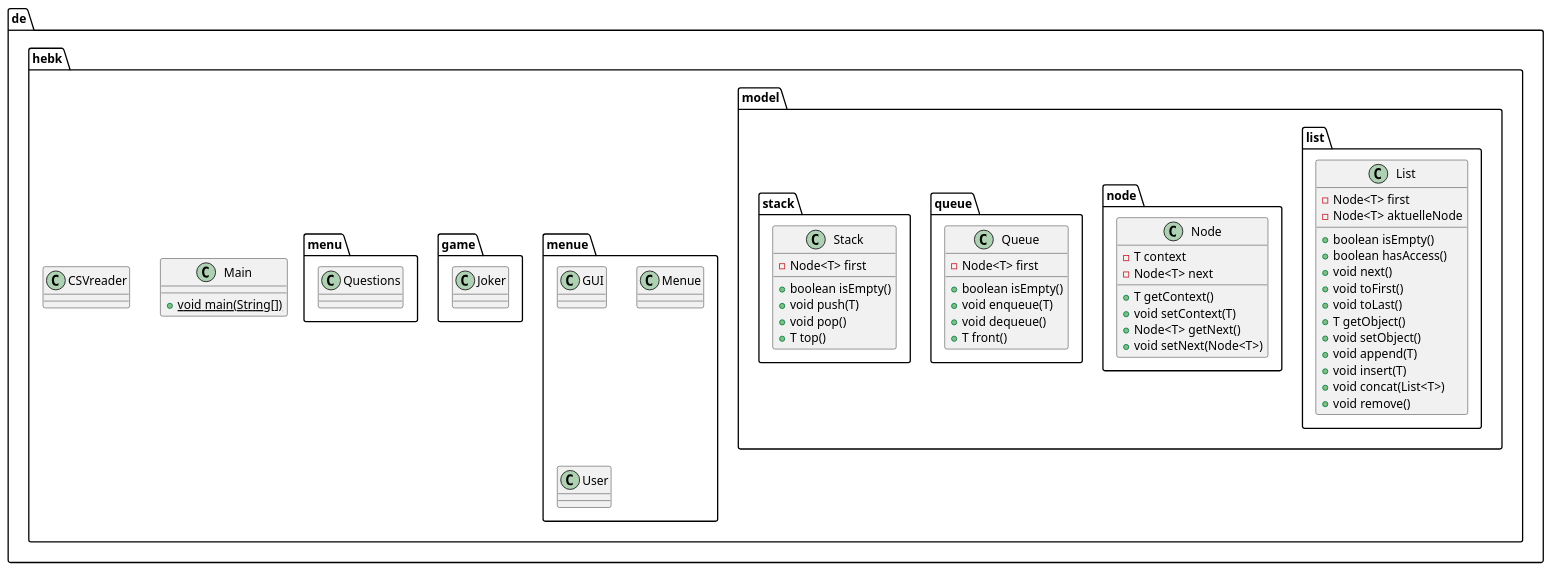
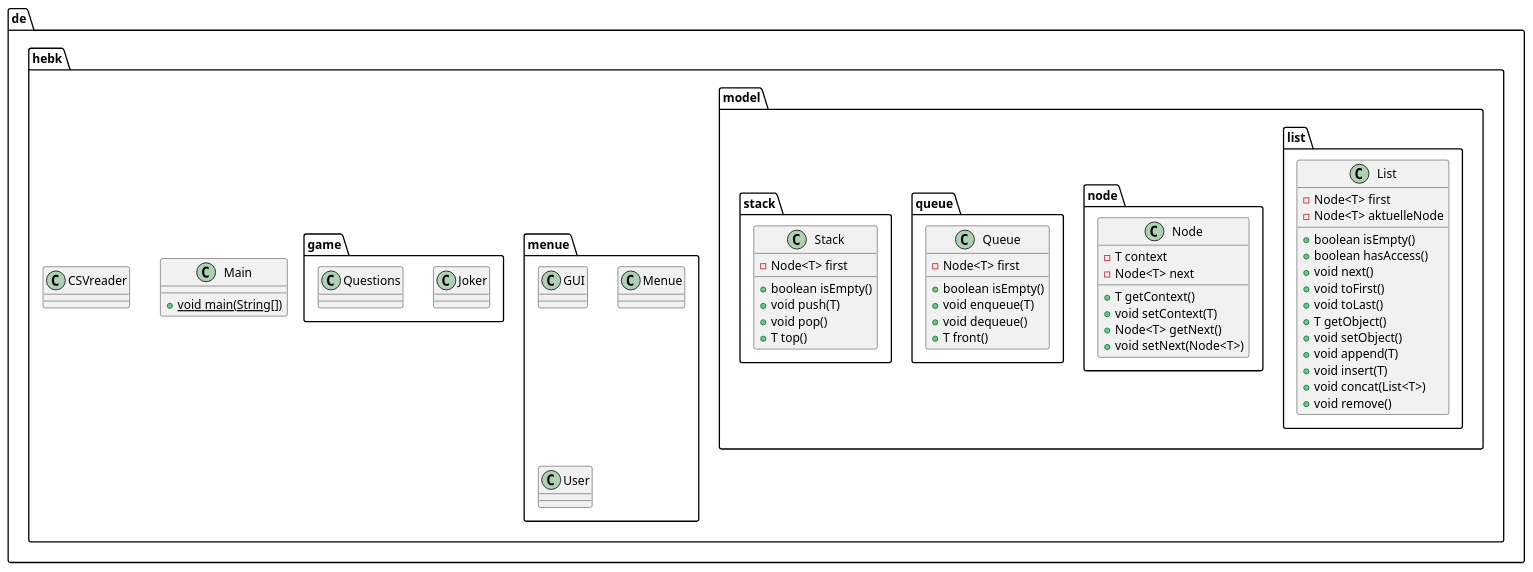
Before and after one commit to HEBK-BGM/dynamische-Datenstrukturen-Team-3: the diagram in doku/lastenheft/Diagramme/Klassendiagramm.puml, drawn with PlantUML.

Commit message:
[fix] Klassendiagramm.puml Questions von package menue in game verschoben

```diff
--- a/doku/lastenheft/Diagramme/Klassendiagramm.puml
+++ b/doku/lastenheft/Diagramme/Klassendiagramm.puml
@@ -1,96 +1,96 @@
 @startuml
 'https://plantuml.com/class-diagram
 /'
 abstract class AbstractList
 abstract AbstractCollection
 interface List
 interface Collection
 
 List <|-- AbstractList
 Collection <|-- AbstractCollection
 
 Collection <|- List
 AbstractCollection <|- AbstractList
 AbstractList <|-- ArrayList
 
 class ArrayList {
 Object[] elementData
 size()
 }
 
 enum TimeUnit {
 DAYS
 HOURS
 MINUTES
 }
 '/
 
 class de.hebk.model.list.List {
 - Node<T> first
 - Node<T> aktuelleNode
 + boolean isEmpty()
 + boolean hasAccess()
 + void next()
 + void toFirst()
 + void toLast()
 + T getObject()
 + void setObject()
 + void append(T)
 + void insert(T)
 + void concat(List<T>)
 + void remove()
 }
 
 class de.hebk.model.node.Node {
 - T context
 - Node<T> next
 + T getContext()
 + void setContext(T)
 + Node<T> getNext()
 + void setNext(Node<T>)
 }
 
 class de.hebk.model.queue.Queue {
 - Node<T> first
 + boolean isEmpty()
 + void enqueue(T)
 + void dequeue()
 + T front()
 }
 class de.hebk.model.stack.Stack {
 - Node<T> first
 + boolean isEmpty()
 + void push(T)
 + void pop()
 + T top()
 }
 class de.hebk.Main {
 + {static} void main(String[])
 }
 
 class de.hebk.menue.GUI {
 
 }
 
 class de.hebk.menue.Menue {
 
 }
 
 class de.hebk.game.Joker{
 
 }
 
 class de.hebk.menue.User{
 
 }
 'speichern von bestenliste
 
-class de.hebk.menu.Questions{
+class de.hebk.game.Questions{
 
 }
 
 class de.hebk.CSVreader{
 
 }
 
 @enduml
```
